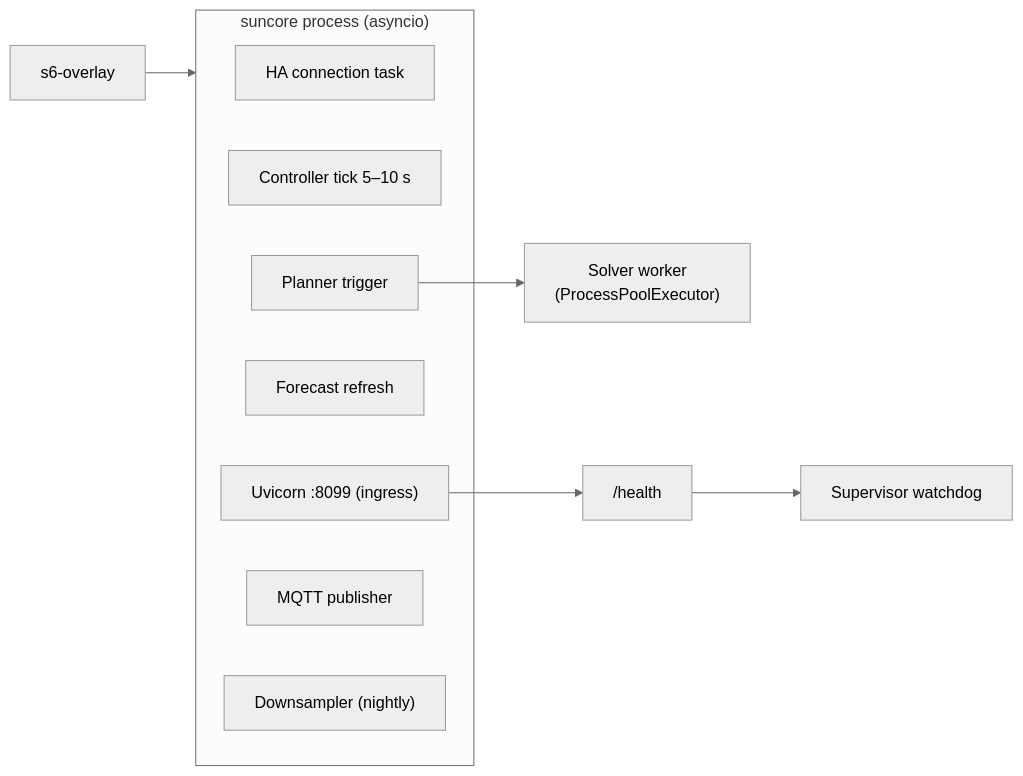
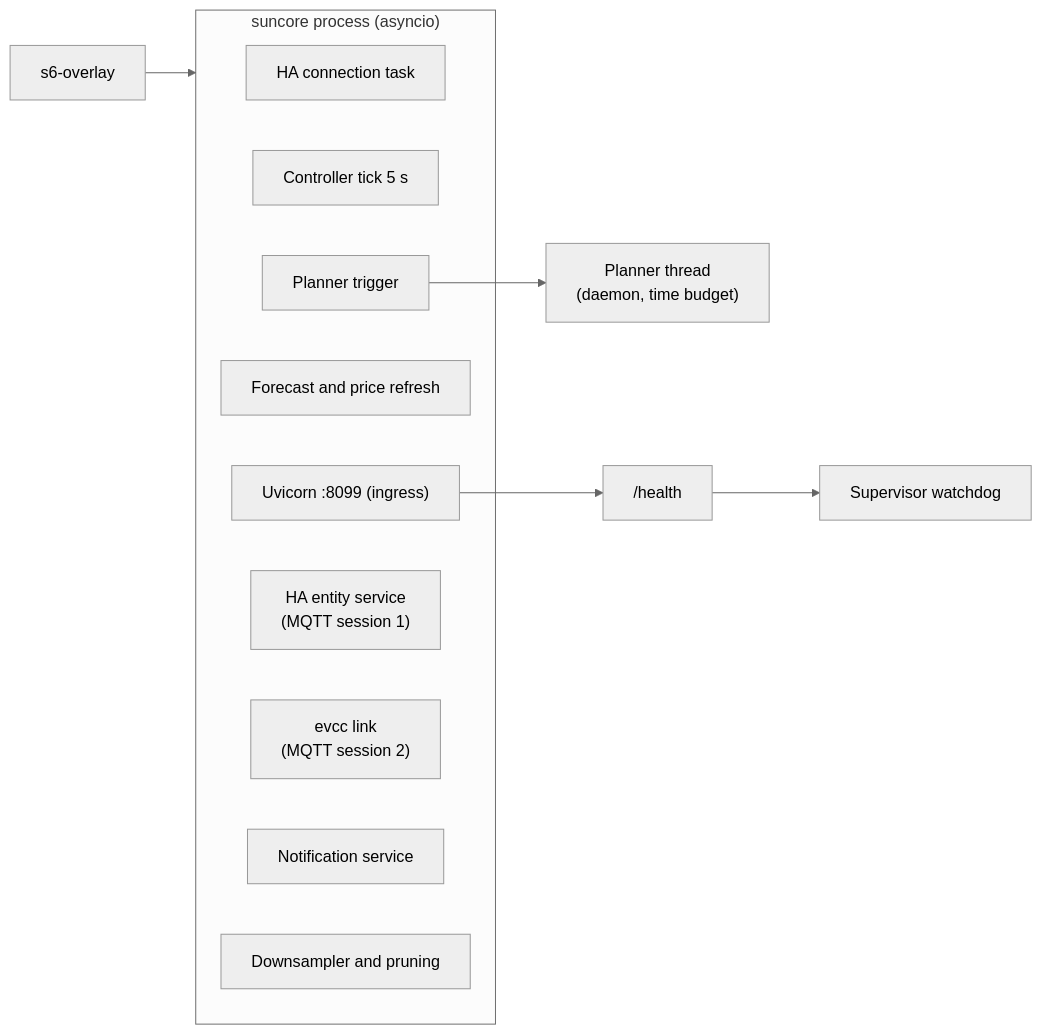
One commit to PXLJAKE/SunCore changed the ninth of 9 diagrams in docs/architecture.md. Above: the diagram before and after it, drawn with Mermaid (neutral theme). The commit also changed other lines of this file and 25 other files, not shown here.

First line of the commit message:
docs: Phase 6 user guides, architecture, STATUS and acceptance table (WP14)

````diff
--- a/docs/architecture.md
+++ b/docs/architecture.md
@@ -483,16 +654,18 @@
 ```mermaid
 flowchart LR
     s6["s6-overlay"] --> py["python -m suncore"]
     subgraph py["suncore process (asyncio)"]
         hacon["HA connection task"]
-        tick["Controller tick 5–10 s"]
+        tick["Controller tick 5 s"]
         ptrig["Planner trigger"]
-        fref["Forecast refresh"]
+        fref["Forecast and price refresh"]
         web["Uvicorn :8099 (ingress)"]
-        pub["MQTT publisher"]
-        down["Downsampler (nightly)"]
+        haent["HA entity service<br/>(MQTT session 1)"]
+        evl["evcc link<br/>(MQTT session 2)"]
+        notif["Notification service"]
+        down["Downsampler and pruning"]
     end
-    ptrig --> worker["Solver worker<br/>(ProcessPoolExecutor)"]
+    ptrig --> worker["Planner thread<br/>(daemon, time budget)"]
     web --> health["/health"]
     health --> Supervisor["Supervisor watchdog"]
 ```
````
